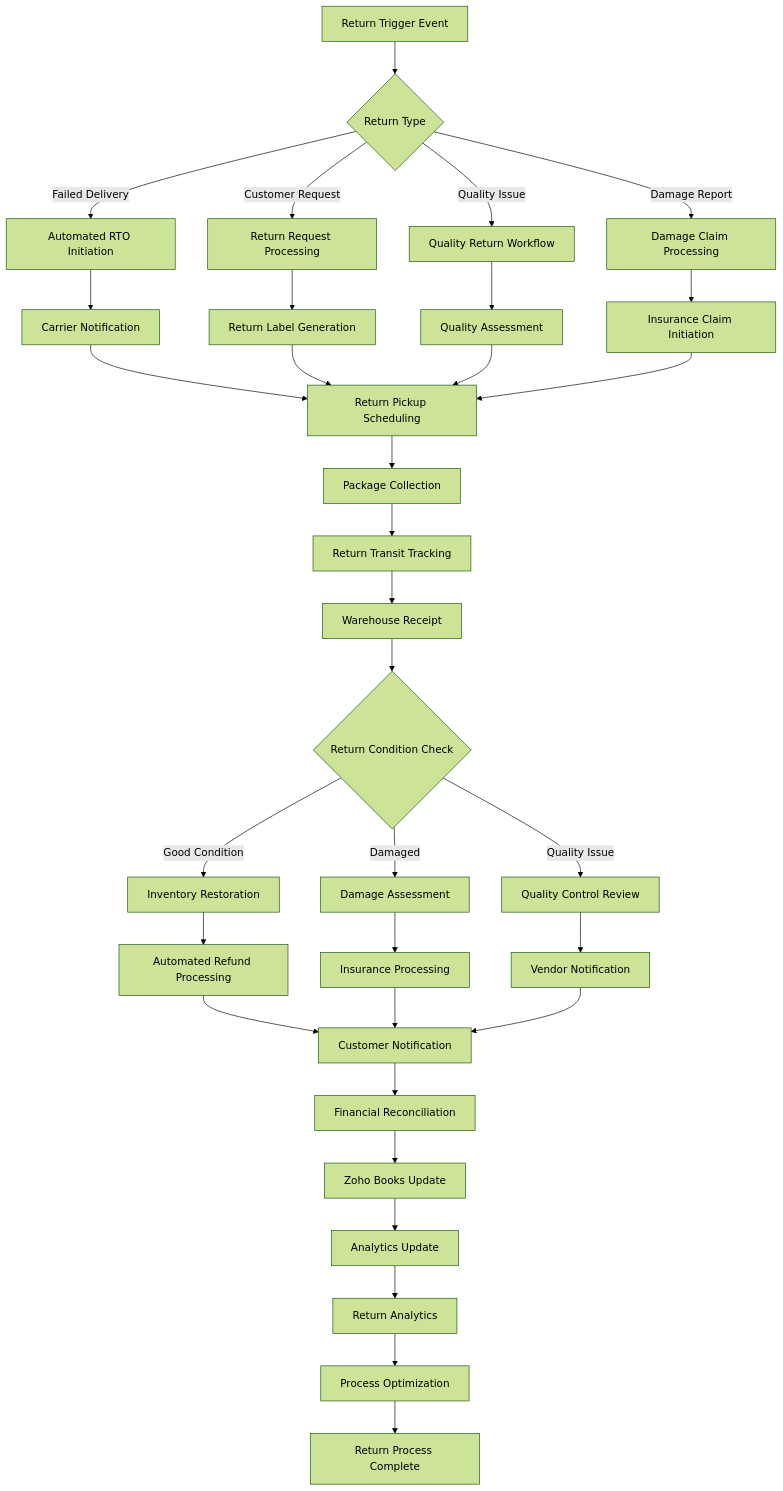
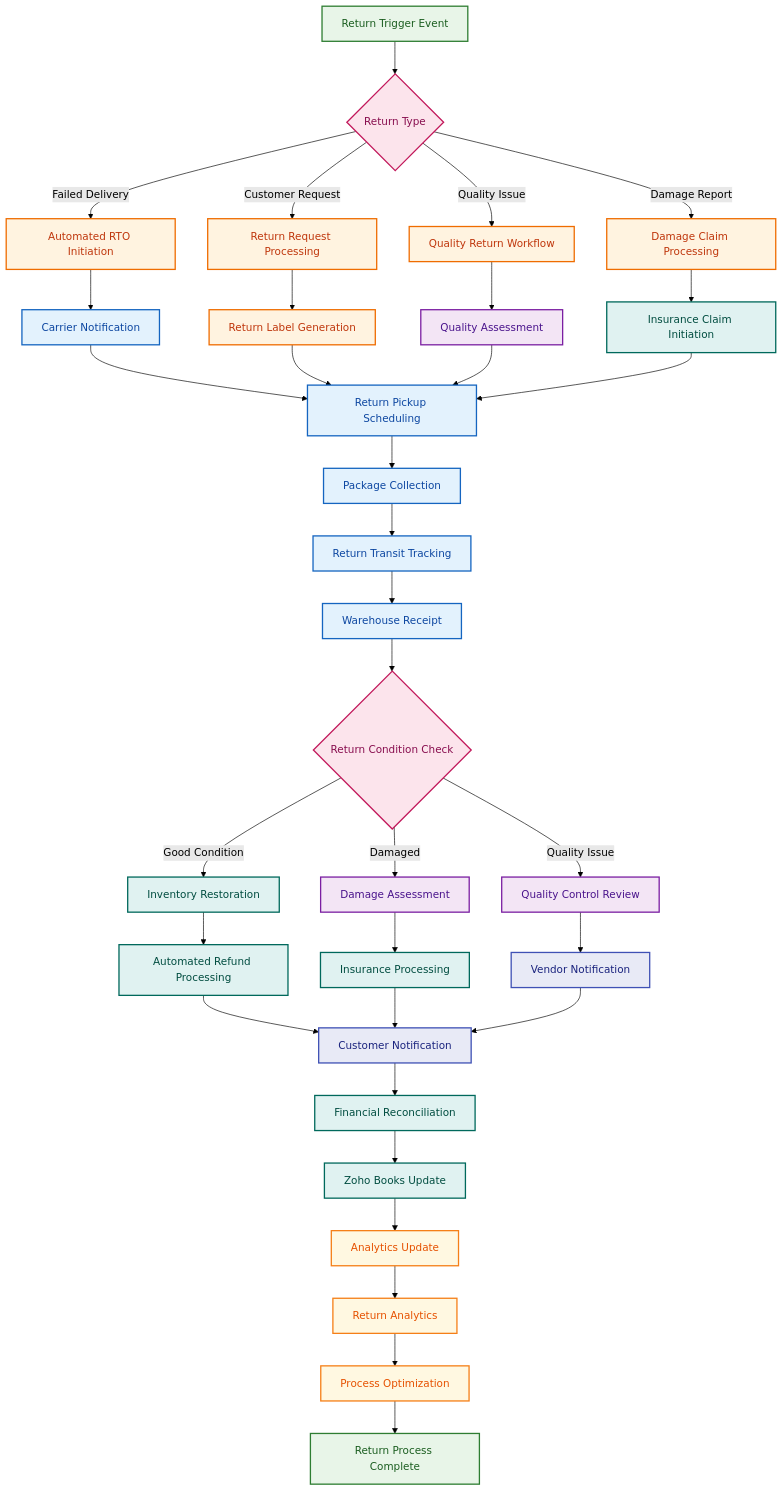
Before and after one commit to sandeepkumar0801/Digihub: the seventh of 7 diagrams in DigiHub_Readme.md, drawn with Mermaid (forest theme). The commit also changed other lines of this file and 1 other file, not shown here.

````diff
--- a/DigiHub_Readme.md
+++ b/DigiHub_Readme.md
@@ -909,45 +1080,61 @@
 ```mermaid
 graph TD
     A[Return Trigger Event] --> B{Return Type}
     B -->|Failed Delivery| C[Automated RTO Initiation]
     B -->|Customer Request| D[Return Request Processing]
     B -->|Quality Issue| E[Quality Return Workflow]
     B -->|Damage Report| F[Damage Claim Processing]
 
     C --> G[Carrier Notification]
     D --> H[Return Label Generation]
     E --> I[Quality Assessment]
     F --> J[Insurance Claim Initiation]
 
     G --> K[Return Pickup Scheduling]
     H --> K
     I --> K
     J --> K
 
     K --> L[Package Collection]
     L --> M[Return Transit Tracking]
     M --> N[Warehouse Receipt]
 
     N --> O{Return Condition Check}
     O -->|Good Condition| P[Inventory Restoration]
     O -->|Damaged| Q[Damage Assessment]
     O -->|Quality Issue| R[Quality Control Review]
 
     P --> S[Automated Refund Processing]
     Q --> T[Insurance Processing]
     R --> U[Vendor Notification]
 
     S --> V[Customer Notification]
     T --> V
     U --> V
 
     V --> W[Financial Reconciliation]
     W --> X[Zoho Books Update]
     X --> Y[Analytics Update]
 
     Y --> Z[Return Analytics]
     Z --> AA[Process Optimization]
     AA --> BB[Return Process Complete]
 
+    classDef startEnd fill:#e8f5e8,stroke:#2e7d32,stroke-width:2px,color:#1b5e20
+    classDef process fill:#fff3e0,stroke:#ef6c00,stroke-width:2px,color:#bf360c
+    classDef decision fill:#fce4ec,stroke:#c2185b,stroke-width:2px,color:#880e4f
+    classDef logistics fill:#e3f2fd,stroke:#1565c0,stroke-width:2px,color:#0d47a1
+    classDef quality fill:#f3e5f5,stroke:#7b1fa2,stroke-width:2px,color:#4a148c
+    classDef financial fill:#e0f2f1,stroke:#00695c,stroke-width:2px,color:#004d40
+    classDef notification fill:#e8eaf6,stroke:#3f51b5,stroke-width:2px,color:#1a237e
+    classDef analytics fill:#fff8e1,stroke:#f57f17,stroke-width:2px,color:#e65100
 
+    class A,BB startEnd
+    class C,D,E,F,G,H,K,L,M,N process
+    class B,O decision
+    class G,K,L,M,N logistics
+    class I,Q,R quality
+    class J,P,S,T,W,X financial
+    class U,V notification
+    class Y,Z,AA analytics
 ```
````
